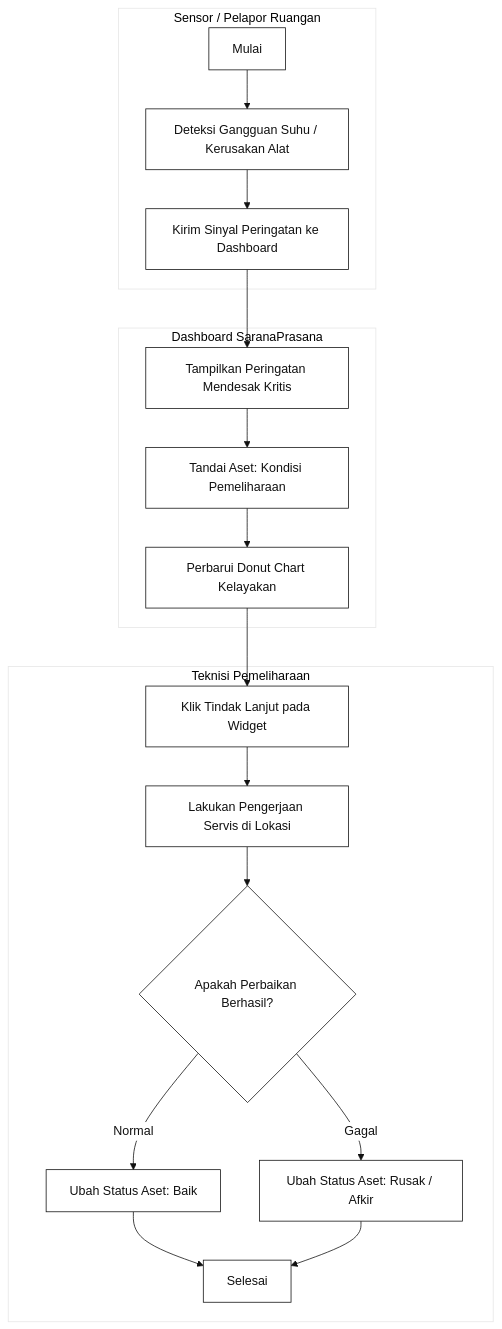
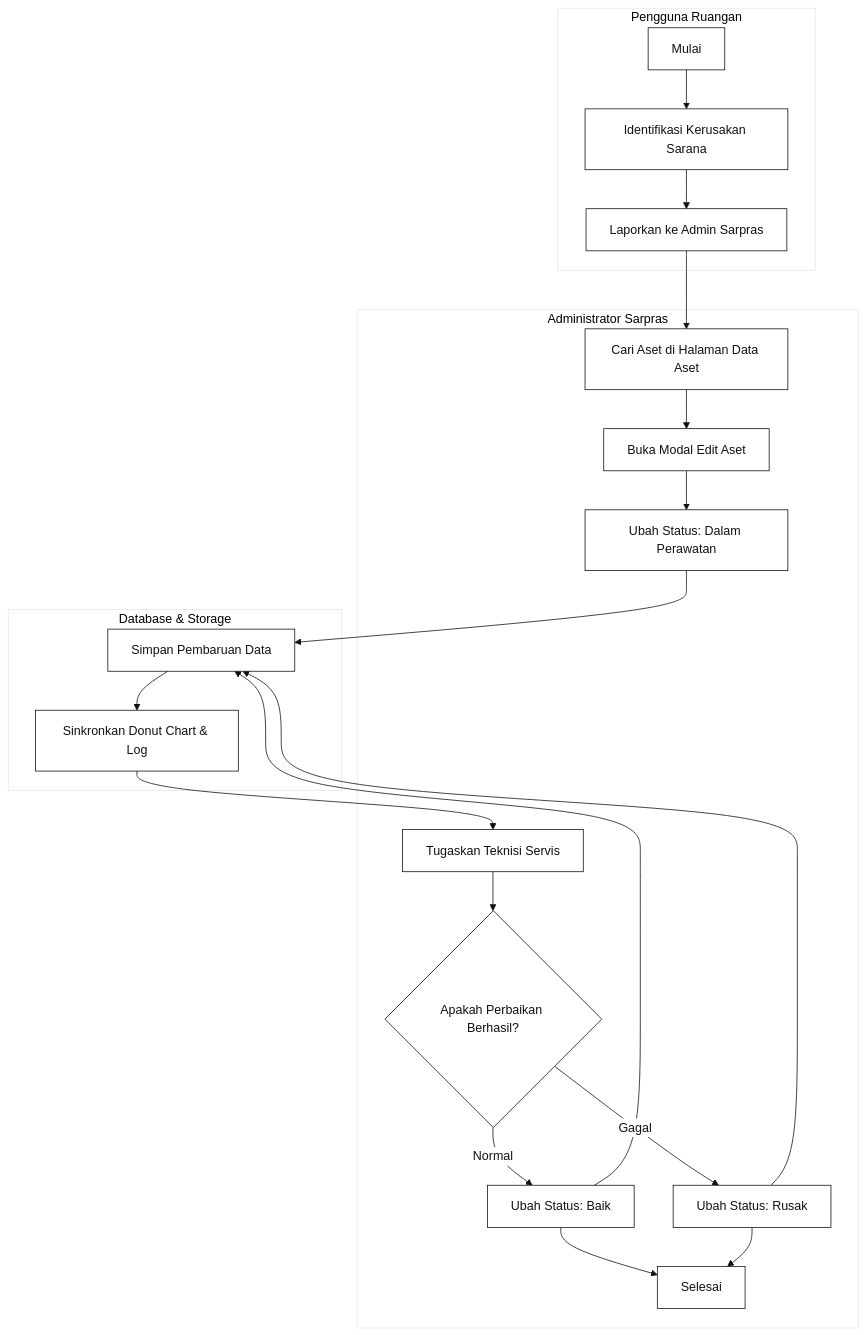
One commit to HeinrichRaxwell/Sarpras changed the third of 4 diagrams in docs/perancangan.md. Above: the diagram before and after it, drawn with Mermaid. The commit also changed other lines of this file and 12 other files, not shown here.

````diff
--- a/docs/perancangan.md
+++ b/docs/perancangan.md
@@ -203,34 +173,38 @@
 ```mermaid
 %%{init: {'theme': 'base', 'themeVariables': { 'primaryColor': '#ffffff', 'primaryBorderColor': '#111111', 'primaryTextColor': '#111111', 'lineColor': '#111111', 'secondaryColor': '#ffffff', 'tertiaryColor': '#ffffff' }}}%%
 flowchart TD
-    subgraph Monitoring["Sensor / Pelapor Ruangan"]
-        M1["Mulai"] --> M2["Deteksi Gangguan Suhu / Kerusakan Alat"]
-        M2 --> M3["Kirim Sinyal Peringatan ke Dashboard"]
+    subgraph Staf["Pengguna Ruangan"]
+        U1["Mulai"] --> U2["Identifikasi Kerusakan Sarana"]
+        U2 --> U3["Laporkan ke Admin Sarpras"]
     end
 
-    subgraph Dashboard["Dashboard SaranaPrasana"]
-        D1["Tampilkan Peringatan Mendesak Kritis"]
-        D2["Tandai Aset: Kondisi Pemeliharaan"]
-        D3["Perbarui Donut Chart Kelayakan"]
+    subgraph Admin["Administrator Sarpras"]
+        M1["Cari Aset di Halaman Data Aset"]
+        M2["Buka Modal Edit Aset"]
+        M3["Ubah Status: Dalam Perawatan"]
+        M4["Tugaskan Teknisi Servis"]
+        M5{"Apakah Perbaikan Berhasil?"}
+        M6["Ubah Status: Baik"]
+        M7["Ubah Status: Rusak"]
+        M8["Selesai"]
     end
 
-    subgraph Teknisi["Teknisi Pemeliharaan"]
-        T1["Klik Tindak Lanjut pada Widget"]
-        T2["Lakukan Pengerjaan Servis di Lokasi"]
-        T3{"Apakah Perbaikan Berhasil?"}
-        T4["Ubah Status Aset: Baik"]
-        T5["Ubah Status Aset: Rusak / Afkir"]
-        T6["Selesai"]
+    subgraph Sistem["Database & Storage"]
+        D1["Simpan Pembaruan Data"]
+        D2["Sinkronkan Donut Chart & Log"]
     end
 
+    U3 --> M1
+    M1 --> M2
+    M2 --> M3
     M3 --> D1
     D1 --> D2
-    D2 --> D3
-    D3 --> T1
-    T1 --> T2
-    T2 --> T3
-    T3 -- "Normal" --> T4
-    T3 -- "Gagal" --> T5
-    T4 --> T6
-    T5 --> T6
+    D2 --> M4
+    M4 --> M5
+    M5 -- "Normal" --> M6
+    M5 -- "Gagal" --> M7
+    M6 --> D1
+    M7 --> D1
+    M6 --> M8
+    M7 --> M8
 ```
````
